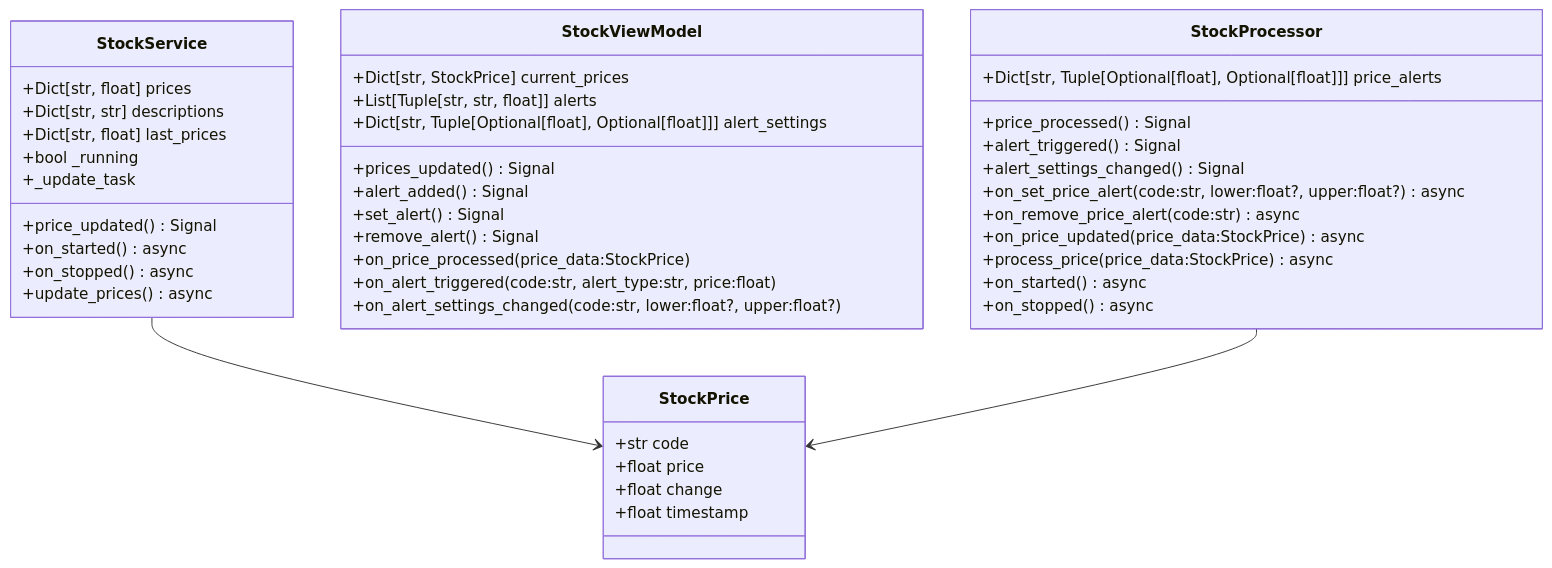
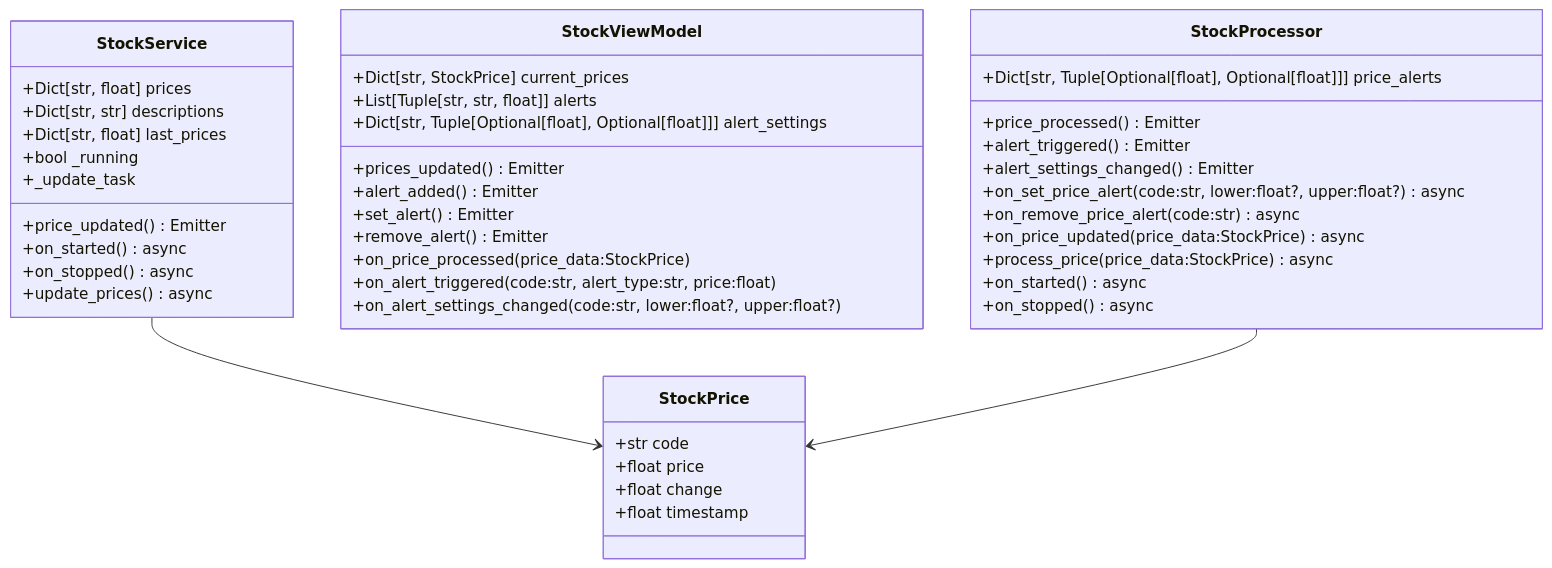
Before and after one commit to nexconnectio/pynnex: diagram 11 of 12 in docs/examples.md, drawn with Mermaid. The commit also changed other lines of this file and 43 other files, not shown here.

First line of the commit message:
refactor: rename signal/slot to emitter/listener (#10)

````diff
--- a/docs/examples.md
+++ b/docs/examples.md
@@ -626,61 +634,61 @@
 ```mermaid
 classDiagram
     class StockPrice {
         +str code
         +float price
         +float change
         +float timestamp
     }
 
     class StockService {
         +Dict[str, float] prices
         +Dict[str, str] descriptions
         +Dict[str, float] last_prices
         +bool _running
         +_update_task
-        +price_updated() Signal
+        +price_updated() Emitter
         +on_started() async
         +on_stopped() async
         +update_prices() async
     }
 
     class StockViewModel {
         +Dict[str, StockPrice] current_prices
         +List[Tuple[str, str, float]] alerts
         +Dict[str, Tuple[Optional[float], Optional[float]]] alert_settings
-        +prices_updated() Signal
-        +alert_added() Signal
-        +set_alert() Signal
-        +remove_alert() Signal
+        +prices_updated() Emitter
+        +alert_added() Emitter
+        +set_alert() Emitter
+        +remove_alert() Emitter
         +on_price_processed(price_data:StockPrice)
         +on_alert_triggered(code:str, alert_type:str, price:float)
         +on_alert_settings_changed(code:str, lower:float?, upper:float?)
     }
 
     class StockProcessor {
         +Dict[str, Tuple[Optional[float], Optional[float]]] price_alerts
-        +price_processed() Signal
-        +alert_triggered() Signal
-        +alert_settings_changed() Signal
+        +price_processed() Emitter
+        +alert_triggered() Emitter
+        +alert_settings_changed() Emitter
         +on_set_price_alert(code:str, lower:float?, upper:float?) async
         +on_remove_price_alert(code:str) async
         +on_price_updated(price_data:StockPrice) async
         +process_price(price_data:StockPrice) async
         +on_started() async
         +on_stopped() async
     }
 
     StockService --> StockPrice
     StockProcessor --> StockPrice
 
-    %% Signals and Slots relationships (not standard UML, just for clarity)
-    %% Representing the fact that signals can connect to slots:
+    %% Emitters and Listeners relationships (not standard UML, just for clarity)
+    %% Representing the fact that emitters can connect to listeners:
     %% StockService.price_updated --> StockProcessor.on_price_updated
     %% StockProcessor.price_processed --> StockViewModel.on_price_processed
     %% StockProcessor.alert_triggered --> StockViewModel.on_alert_triggered
     %% StockProcessor.alert_settings_changed --> StockViewModel.on_alert_settings_changed
     %% StockViewModel.set_alert --> StockProcessor.on_set_price_alert
     %% StockViewModel.remove_alert --> StockProcessor.on_remove_price_alert
 
     %% For clarity, these are conceptual links rather than class-level associations.
 ```
````
